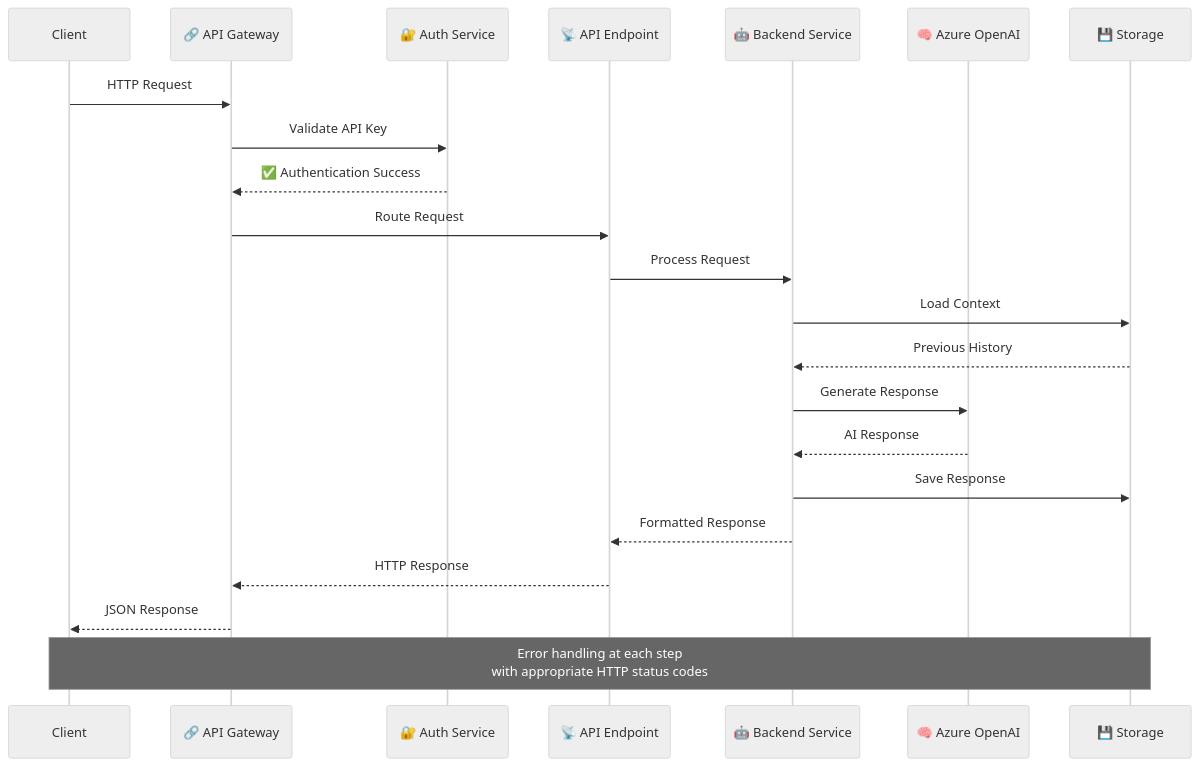
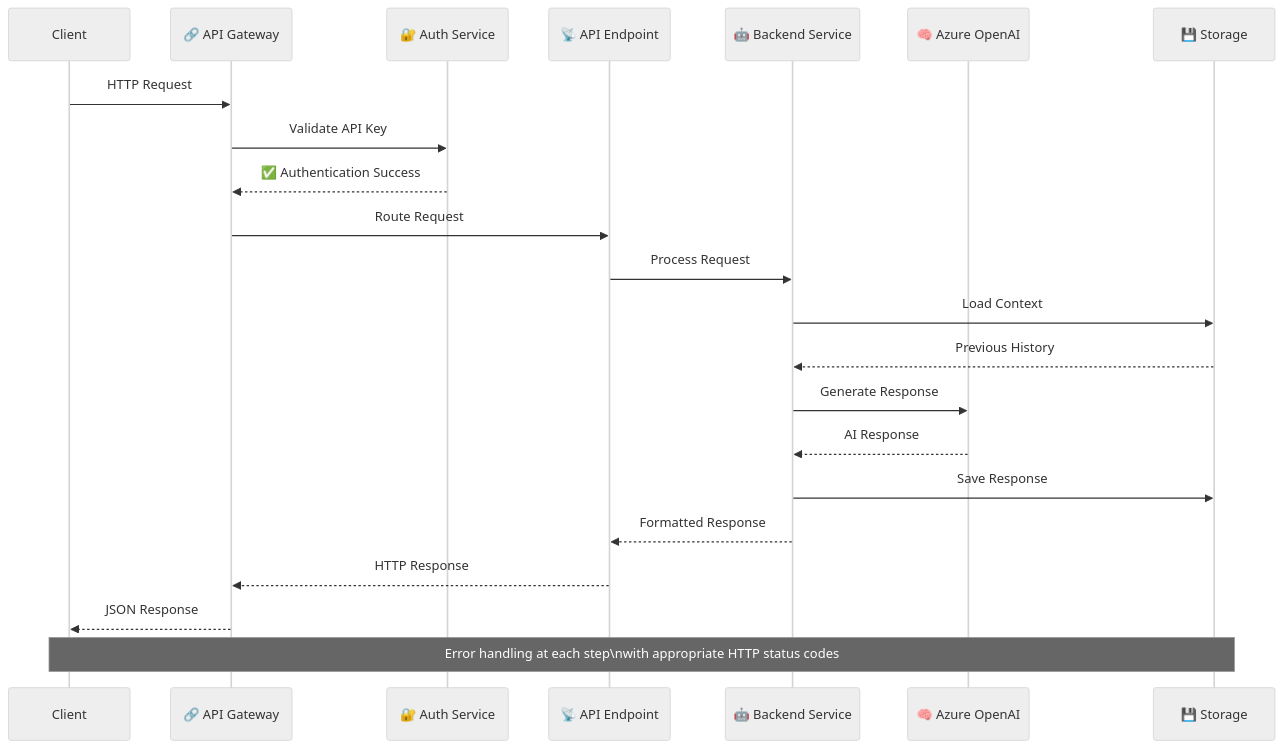
One commit to the-ingenious-dark-knight/Insight_Ingenious changed the second of 6 diagrams in docs/api/README.md. Above: the diagram before and after it, drawn with Mermaid (neutral theme). The commit also changed other lines of this file and 2 other files, not shown here.

````diff
--- a/docs/api/README.md
+++ b/docs/api/README.md
@@ -83,31 +83,31 @@
 ```mermaid
 sequenceDiagram
     participant Client
     participant Gateway as 🔗 API Gateway
     participant Auth as 🔐 Auth Service
     participant API as 📡 API Endpoint
     participant Service as 🤖 Backend Service
     participant LLM as 🧠 Azure OpenAI
     participant Storage as 💾 Storage
 
     Client->>Gateway: HTTP Request
     Gateway->>Auth: Validate API Key
     Auth-->>Gateway: ✅ Authentication Success
 
     Gateway->>API: Route Request
     API->>Service: Process Request
 
     Service->>Storage: Load Context
     Storage-->>Service: Previous History
 
     Service->>LLM: Generate Response
     LLM-->>Service: AI Response
 
     Service->>Storage: Save Response
     Service-->>API: Formatted Response
 
     API-->>Gateway: HTTP Response
     Gateway-->>Client: JSON Response
 
-    Note over Client,Storage: Error handling at each step<br/>with appropriate HTTP status codes
+    Note over Client,Storage: Error handling at each step\nwith appropriate HTTP status codes
 ```
````
